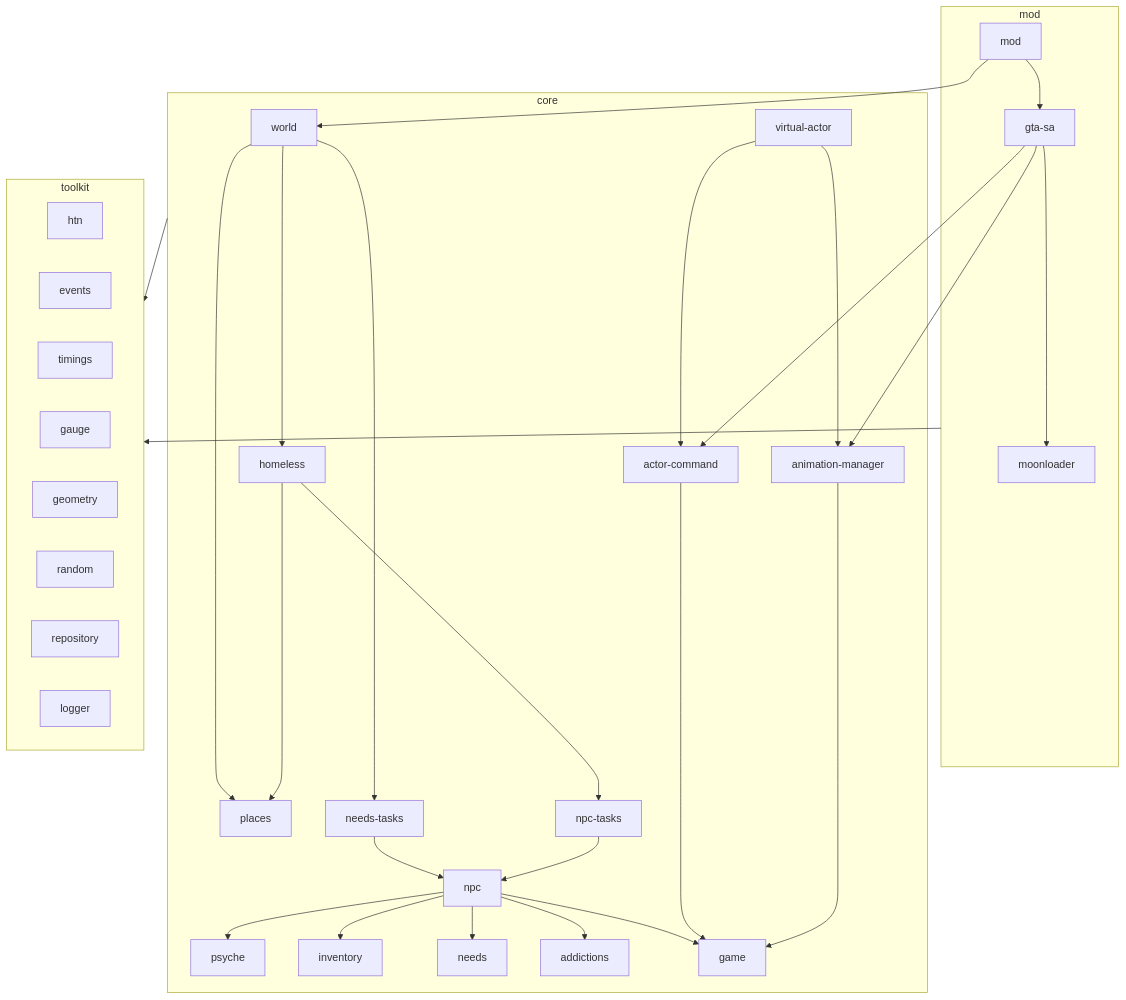
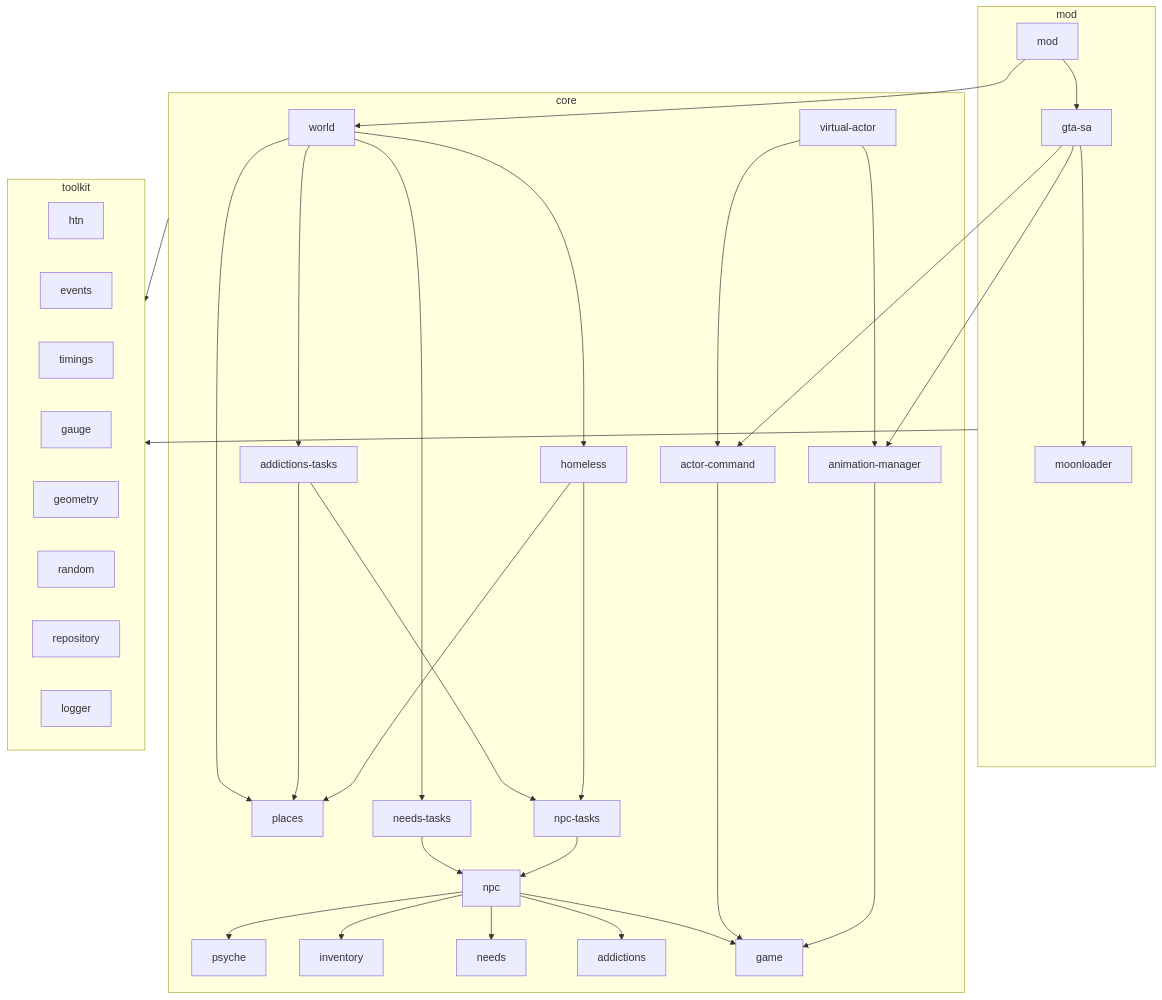
Before and after one commit to ivan-podgornov/peetland: the first of 2 diagrams in docs/architecture/index.md, drawn with Mermaid. The commit also changed other lines of this file and 74 other files, not shown here.

First line of the commit message:
feat(addictions-tasks): слой зависимостей удовлетворяет алкоголизм (#262)

````diff
--- a/docs/architecture/index.md
+++ b/docs/architecture/index.md
@@ -81,43 +81,46 @@
 ```mermaid
 flowchart TD
   subgraph mod
     modmod[mod] --> gtasa[gta-sa]
     gtasa --> moonloader
   end
 
   subgraph core
     world --> homeless
     world --> places
     world --> needstasks[needs-tasks]
+    world --> addictionstasks[addictions-tasks]
     needstasks --> npc
+    addictionstasks --> npctasks
+    addictionstasks --> places
     homeless --> npctasks[npc-tasks]
     homeless --> places
     npctasks --> npc
     npc --> psyche
     npc --> inventory
     npc --> needs
     npc --> addictions
     npc --> game
     virtualactor[virtual-actor] --> actorcommand[actor-command]
     virtualactor --> animationmanager[animation-manager]
     actorcommand --> game
     animationmanager --> game
   end
 
   subgraph toolkit
     htn
     events
     timings
     gauge
     geometry
     random
     repository
     logger
   end
 
   modmod --> world
   gtasa --> actorcommand
   gtasa --> animationmanager
   core --> toolkit
   mod --> toolkit
 ```
````
